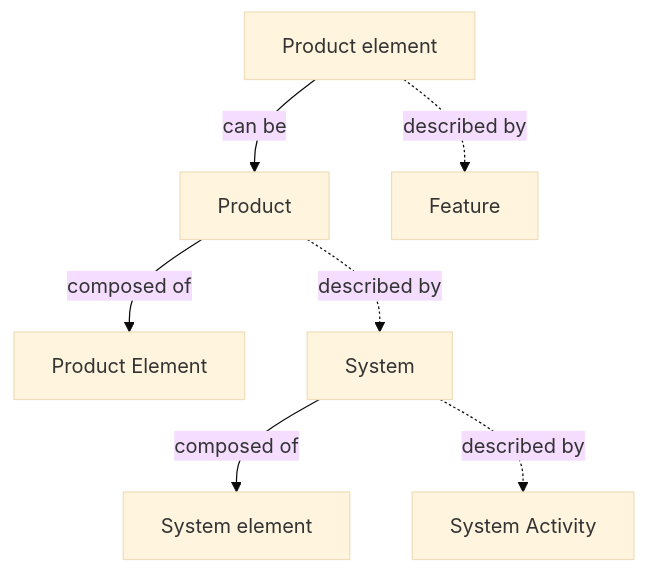
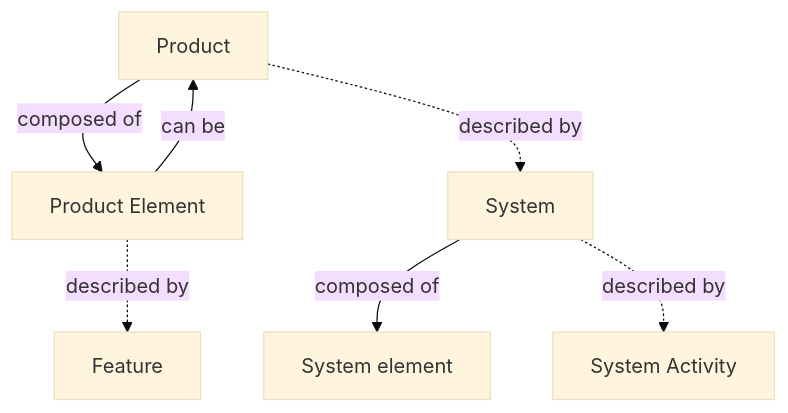
One commit to 3se-framework/3se-onto changed the first of 2 diagrams in glossary.md. Above: the diagram before and after it, drawn with Mermaid (base theme). The commit also changed other lines of this file, not shown here.

Commit message:
main: regenerate glossary.md

````diff
--- a/glossary.md
+++ b/glossary.md
@@ -1066,17 +1066,16 @@
 ```mermaid
 flowchart TD
     N1["Product"]
     N2["Product Element"]
     N3["System"]
-    N4["Product element"]
     N5["Feature"]
     N6["System element"]
     N7["System Activity"]
 
     N1 -->|composed of| N2
     N1 -.->|described by| N3
-    N4 -.->|described by| N5
-    N4 -->|can be| N1
+    N2 -.->|described by| N5
+    N2 -->|can be| N1
     N3 -->|composed of| N6
     N3 -.->|described by| N7
 ```
````
